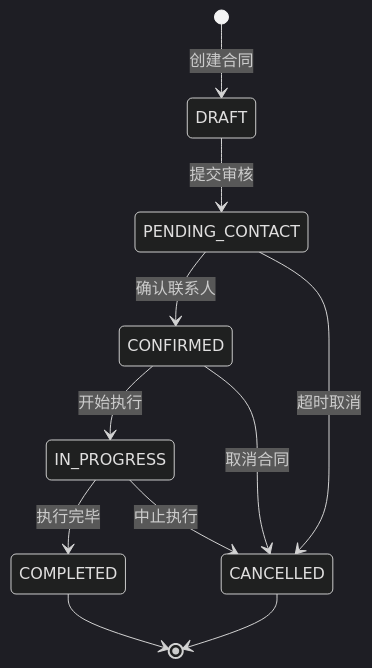
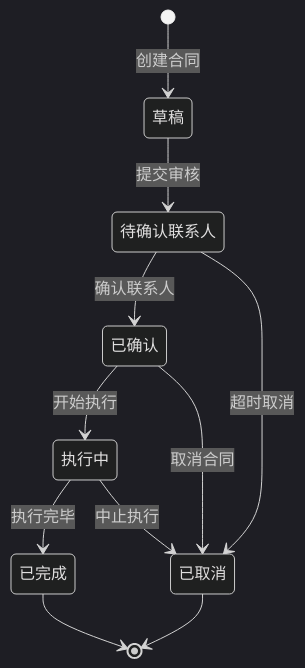
Before and after one commit to kehan857/Standardized-product-skill: the second of 3 diagrams in template.md, drawn with Mermaid (dark theme). The commit also changed other lines of this file, not shown here.

````diff
--- a/template.md
+++ b/template.md
@@ -314,16 +288,16 @@
 ```mermaid
 stateDiagram-v2
-    [*] --> DRAFT: 创建合同
-    DRAFT --> PENDING_CONTACT: 提交审核
-    PENDING_CONTACT --> CONFIRMED: 确认联系人
-    PENDING_CONTACT --> CANCELLED: 超时取消
+    [*] --> 草稿: 创建合同
+    草稿 --> 待确认联系人: 提交审核
+    待确认联系人 --> 已确认: 确认联系人
+    待确认联系人 --> 已取消: 超时取消
 
-    CONFIRMED --> IN_PROGRESS: 开始执行
-    IN_PROGRESS --> COMPLETED: 执行完毕
+    已确认 --> 执行中: 开始执行
+    执行中 --> 已完成: 执行完毕
 
-    IN_PROGRESS --> CANCELLED: 中止执行
-    CONFIRMED --> CANCELLED: 取消合同
+    执行中 --> 已取消: 中止执行
+    已确认 --> 已取消: 取消合同
 
-    COMPLETED --> [*]
-    CANCELLED --> [*]
+    已完成 --> [*]
+    已取消 --> [*]
 ```
````
